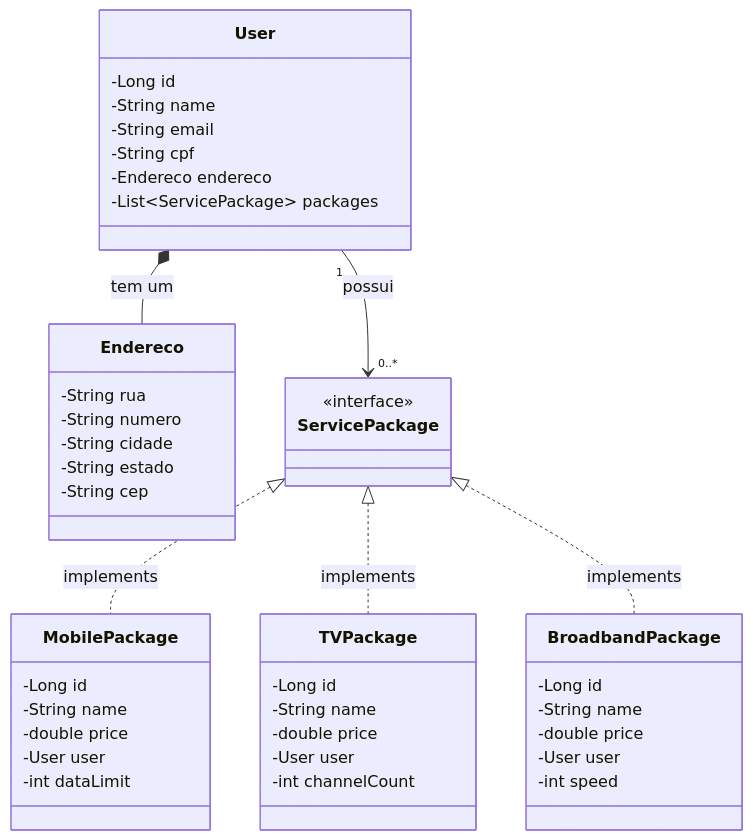
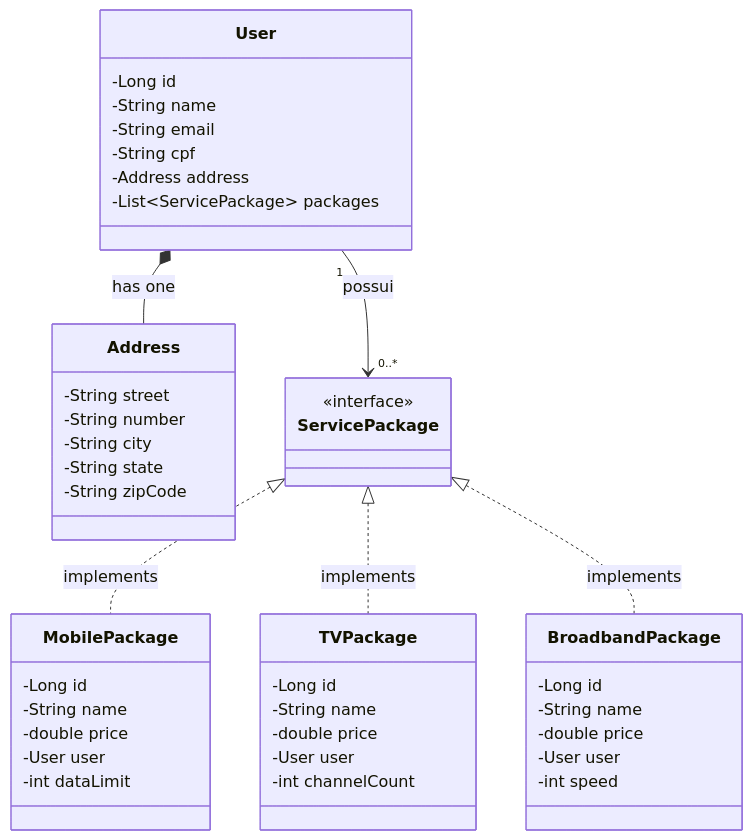
Before and after one commit to dev-ssperandio/desafio-de-projeto-portal-multisservicos: the diagram in README.md, drawn with Mermaid.

````diff
--- a/README.md
+++ b/README.md
@@ -6,53 +6,53 @@
 ```mermaid
 classDiagram
     class User {
         -Long id
         -String name
         -String email
         -String cpf
-        -Endereco endereco
+        -Address address
         -List~ServicePackage~ packages
     }
 
-    class Endereco {
-        -String rua
-        -String numero
-        -String cidade
-        -String estado
-        -String cep
+    class Address {
+        -String street
+        -String number
+        -String city
+        -String state
+        -String zipCode
     }
 
     class ServicePackage {
         <<interface>>
     }
 
     class MobilePackage {
         -Long id
         -String name
         -double price
         -User user
         -int dataLimit
     }
 
     class TVPackage {
         -Long id
         -String name
         -double price
         -User user
         -int channelCount
     }
 
     class BroadbandPackage {
         -Long id
         -String name
         -double price
         -User user
         -int speed
     }
 
     User "1" --> "0..*" ServicePackage : possui
-    User *-- Endereco : tem um
+    User *-- Address : has one
     ServicePackage <|.. MobilePackage : implements
     ServicePackage <|.. TVPackage : implements
     ServicePackage <|.. BroadbandPackage : implements
 ```
````
